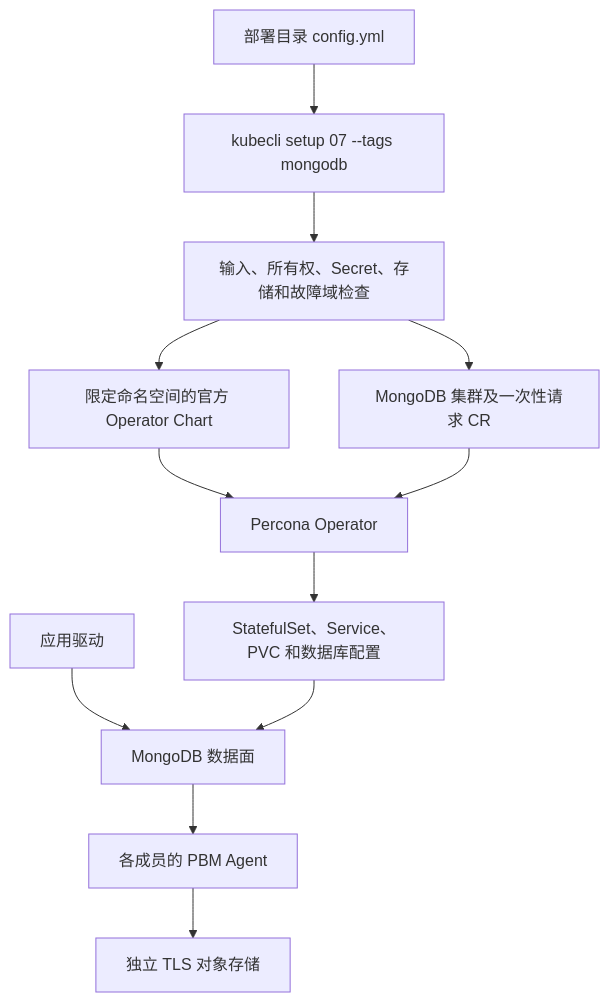
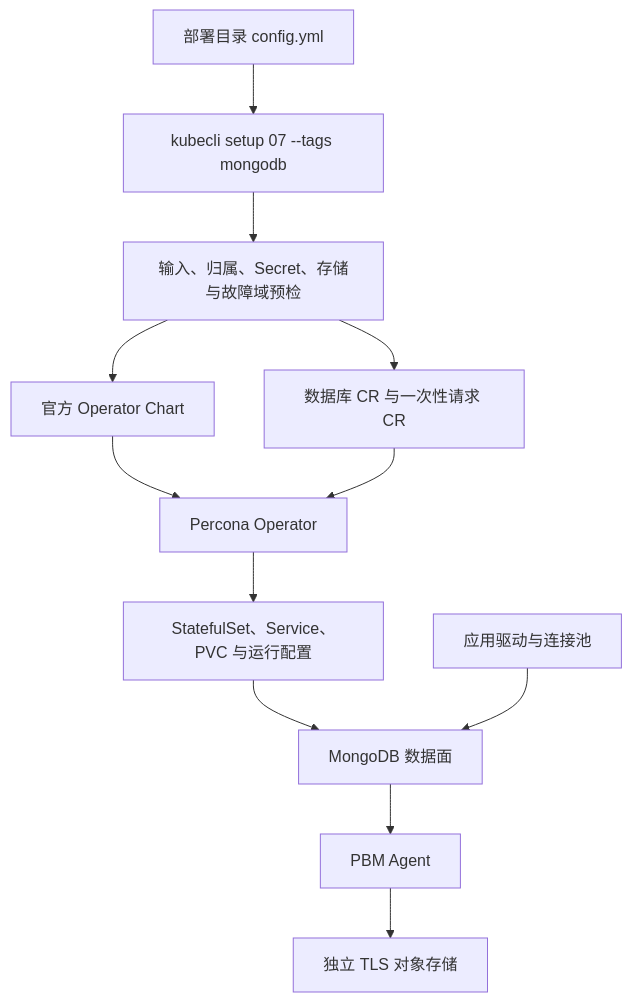
The first of 9 diagrams in docs/middleware/mongodb/technical-whitepaper.md (brinnatt/kubeauto), drawn with Mermaid before and after one commit. The commit also changed other lines of this file and 3 other files, not shown here.

````diff
--- a/docs/middleware/mongodb/technical-whitepaper.md
+++ b/docs/middleware/mongodb/technical-whitepaper.md
@@ -25,14 +32,14 @@
 ```mermaid
 flowchart TB
     Config[部署目录 config.yml] --> CLI[kubecli setup 07 --tags mongodb]
-    CLI --> Preflight[输入、所有权、Secret、存储和故障域检查]
-    Preflight --> Helm[限定命名空间的官方 Operator Chart]
-    Preflight --> CR[MongoDB 集群及一次性请求 CR]
+    CLI --> Preflight[输入、归属、Secret、存储与故障域预检]
+    Preflight --> Helm[官方 Operator Chart]
+    Preflight --> CR[数据库 CR 与一次性请求 CR]
     Helm --> Operator[Percona Operator]
     CR --> Operator
-    Operator --> Workloads[StatefulSet、Service、PVC 和数据库配置]
-    App[应用驱动] --> DB[MongoDB 数据面]
-    Workloads --> DB
-    DB --> PBM[各成员的 PBM Agent]
-    PBM --> S3[独立 TLS 对象存储]
+    Operator --> Objects[StatefulSet、Service、PVC 与运行配置]
+    Objects --> DB[MongoDB 数据面]
+    App[应用驱动与连接池] --> DB
+    DB --> Agent[PBM Agent]
+    Agent --> Store[独立 TLS 对象存储]
 ```
````
